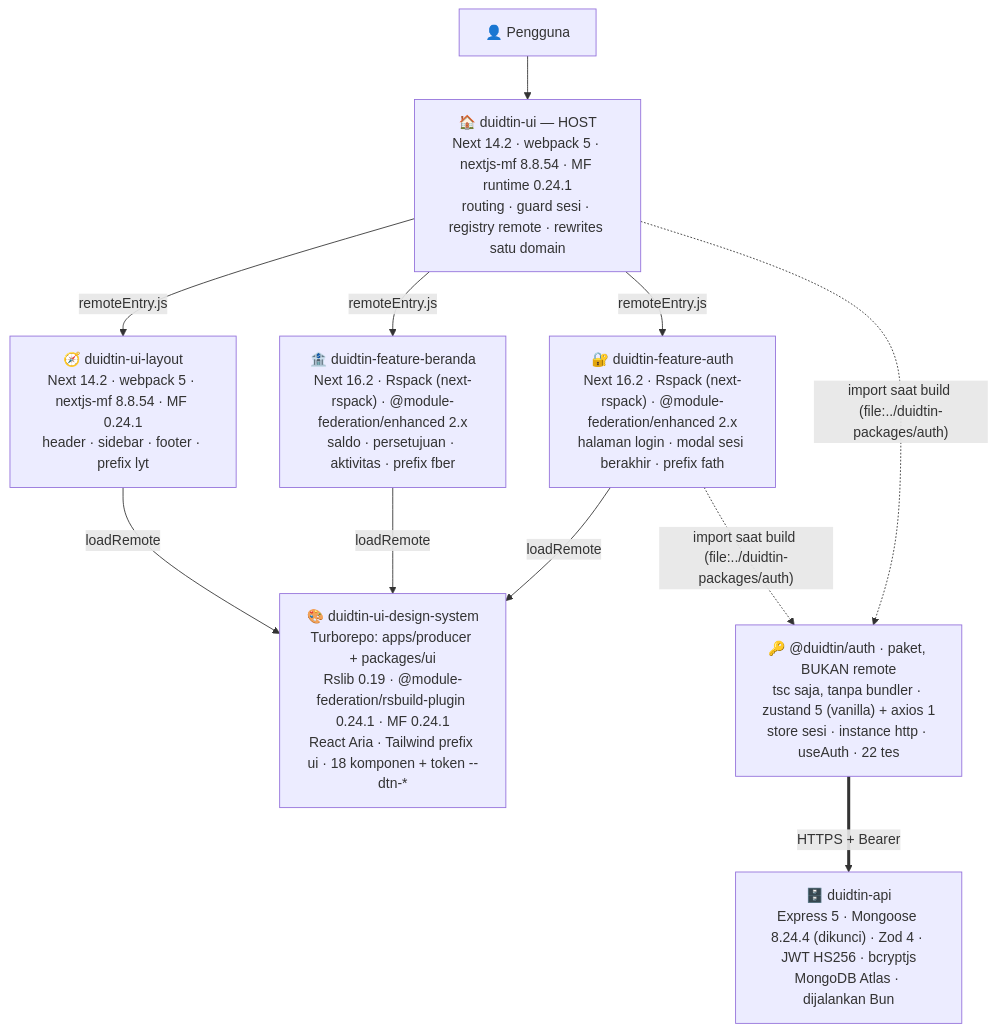
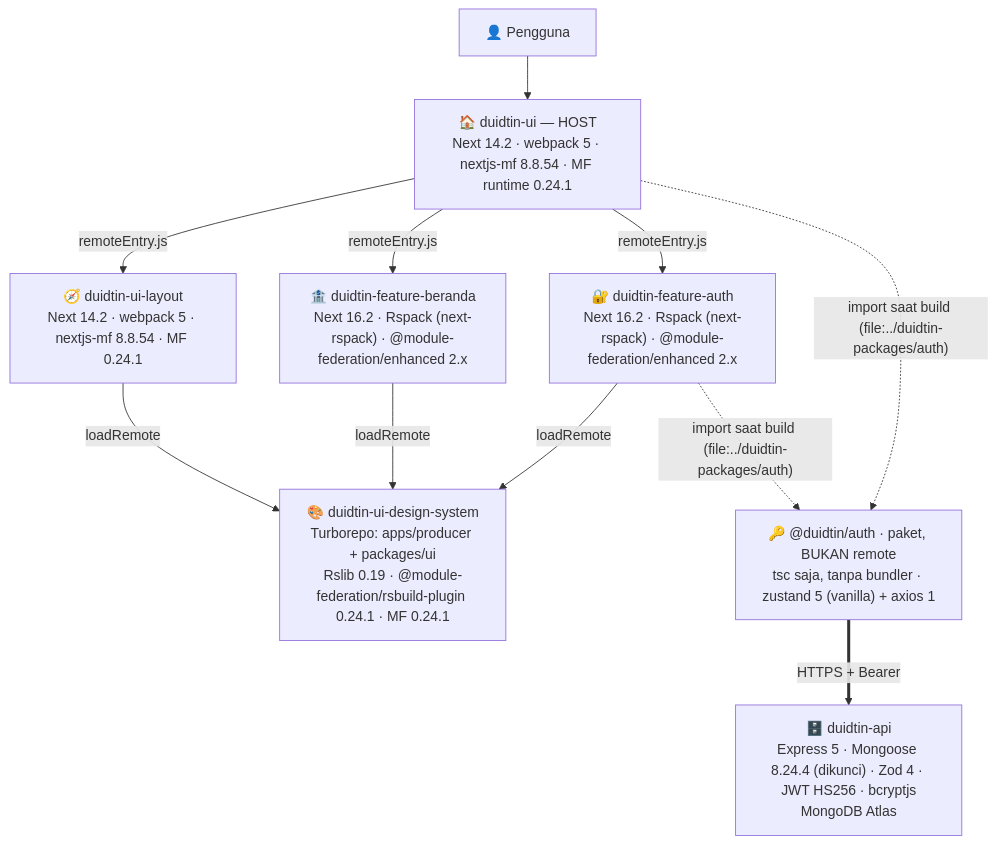
Before and after one commit to AnggaWikaNugraha/super-apps-microfrontend-duidtin: the diagram in README.id.md, drawn with Mermaid. The commit also changed 1 other file, not shown here.

````diff
--- a/README.id.md
+++ b/README.id.md
@@ -394,19 +394,19 @@
 ```mermaid
 graph TD
   U["👤 Pengguna"] --> H
 
-  H["🏠 duidtin-ui — HOST<br/>Next 14.2 · webpack 5 · nextjs-mf 8.8.54 · MF runtime 0.24.1<br/>routing · guard sesi · registry remote · rewrites satu domain"]
+  H["🏠 duidtin-ui — HOST<br/>Next 14.2 · webpack 5 · nextjs-mf 8.8.54 · MF runtime 0.24.1"]
 
-  H -- "remoteEntry.js" --> L["🧭 duidtin-ui-layout<br/>Next 14.2 · webpack 5 · nextjs-mf 8.8.54 · MF 0.24.1<br/>header · sidebar · footer · prefix lyt"]
-  H -- "remoteEntry.js" --> B["🏦 duidtin-feature-beranda<br/>Next 16.2 · Rspack (next-rspack) · @module-federation/enhanced 2.x<br/>saldo · persetujuan · aktivitas · prefix fber"]
-  H -- "remoteEntry.js" --> A["🔐 duidtin-feature-auth<br/>Next 16.2 · Rspack (next-rspack) · @module-federation/enhanced 2.x<br/>halaman login · modal sesi berakhir · prefix fath"]
+  H -- "remoteEntry.js" --> L["🧭 duidtin-ui-layout<br/>Next 14.2 · webpack 5 · nextjs-mf 8.8.54 · MF 0.24.1"]
+  H -- "remoteEntry.js" --> B["🏦 duidtin-feature-beranda<br/>Next 16.2 · Rspack (next-rspack) · @module-federation/enhanced 2.x"]
+  H -- "remoteEntry.js" --> A["🔐 duidtin-feature-auth<br/>Next 16.2 · Rspack (next-rspack) · @module-federation/enhanced 2.x"]
 
-  L -- "loadRemote" --> DS["🎨 duidtin-ui-design-system<br/>Turborepo: apps/producer + packages/ui<br/>Rslib 0.19 · @module-federation/rsbuild-plugin 0.24.1 · MF 0.24.1<br/>React Aria · Tailwind prefix ui · 18 komponen + token --dtn-*"]
+  L -- "loadRemote" --> DS["🎨 duidtin-ui-design-system<br/>Turborepo: apps/producer + packages/ui<br/>Rslib 0.19 · @module-federation/rsbuild-plugin 0.24.1 · MF 0.24.1"]
   B -- "loadRemote" --> DS
   A -- "loadRemote" --> DS
 
-  H -. "import saat build (file:../duidtin-packages/auth)" .-> P["🔑 @duidtin/auth · paket, BUKAN remote<br/>tsc saja, tanpa bundler · zustand 5 (vanilla) + axios 1<br/>store sesi · instance http · useAuth · 22 tes"]
+  H -. "import saat build (file:../duidtin-packages/auth)" .-> P["🔑 @duidtin/auth · paket, BUKAN remote<br/>tsc saja, tanpa bundler · zustand 5 (vanilla) + axios 1"]
   A -. "import saat build (file:../duidtin-packages/auth)" .-> P
 
-  P == "HTTPS + Bearer" ==> API["🗄️ duidtin-api<br/>Express 5 · Mongoose 8.24.4 (dikunci) · Zod 4 · JWT HS256 · bcryptjs<br/>MongoDB Atlas · dijalankan Bun"]
+  P == "HTTPS + Bearer" ==> API["🗄️ duidtin-api<br/>Express 5 · Mongoose 8.24.4 (dikunci) · Zod 4 · JWT HS256 · bcryptjs<br/>MongoDB Atlas"]
 ```
````
